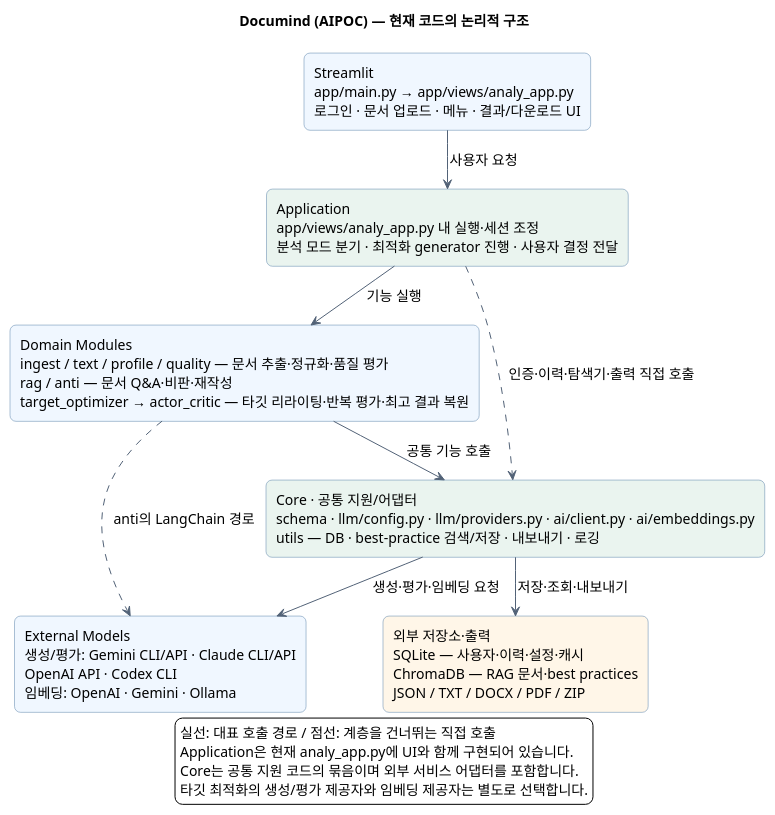
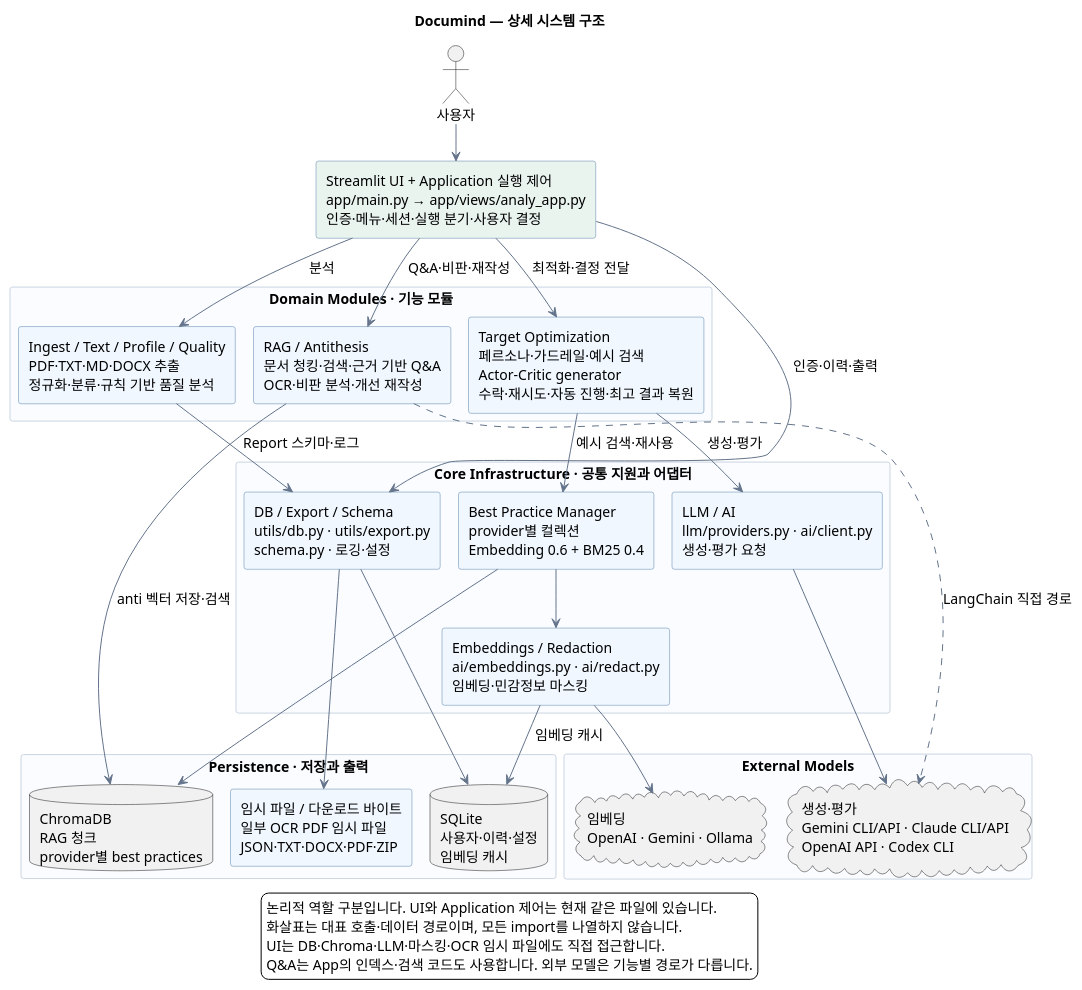
One commit to gmkoo-d3v/AIPOC changed the diagram in docs/diagrams/architecture.puml. Above: the diagram before and after it, drawn with PlantUML. The commit also changed 42 other files, not shown here.

```diff
--- a/docs/diagrams/architecture.puml
+++ b/docs/diagrams/architecture.puml
@@ -1,39 +1,66 @@
 @startuml
 !pragma layout smetana
 top to bottom direction
 skinparam defaultFontName NanumGothic
 skinparam defaultFontSize 14
 skinparam shadowing false
 skinparam backgroundColor #FFFFFF
+skinparam packageStyle rectangle
+skinparam ArrowColor #64748B
 skinparam rectangle {
+  BackgroundColor #F0F7FF
   BorderColor #5880A8
-  BackgroundColor #F0F7FF
-  RoundCorner 12
 }
-skinparam ArrowColor #526277
-skinparam nodesep 35
-skinparam ranksep 35
-title Documind (AIPOC) — 현재 코드의 논리적 구조
+skinparam package {
+  BackgroundColor #FAFCFF
+  BorderColor #CBD5E1
+}
+title Documind — 상세 시스템 구조
 
-rectangle "Streamlit\napp/main.py → app/views/analy_app.py\n로그인 · 문서 업로드 · 메뉴 · 결과/다운로드 UI" as UI
-rectangle "Application\napp/views/analy_app.py 내 실행·세션 조정\n분석 모드 분기 · 최적화 generator 진행 · 사용자 결정 전달" as App #EAF4EF
-rectangle "Domain Modules\ningest / text / profile / quality — 문서 추출·정규화·품질 평가\nrag / anti — 문서 Q&A·비판·재작성\ntarget_optimizer → actor_critic — 타깃 리라이팅·반복 평가·최고 결과 복원" as Domain
-rectangle "Core · 공통 지원/어댑터\nschema · llm/config.py · llm/providers.py · ai/client.py · ai/embeddings.py\nutils — DB · best-practice 검색/저장 · 내보내기 · 로깅" as Core #EAF4EF
-rectangle "External Models\n생성/평가: Gemini CLI/API · Claude CLI/API\nOpenAI API · Codex CLI\n임베딩: OpenAI · Gemini · Ollama" as Models
-rectangle "외부 저장소·출력\nSQLite — 사용자·이력·설정·캐시\nChromaDB — RAG 문서·best practices\nJSON / TXT / DOCX / PDF / ZIP" as Data #FFF6E8
-
-UI --> App : 사용자 요청
-App --> Domain : 기능 실행
-Domain --> Core : 공통 기능 호출
-Core --> Models : 생성·평가·임베딩 요청
-Core --> Data : 저장·조회·내보내기
-App ..> Core : 인증·이력·탐색기·출력 직접 호출
-Domain ..> Models : anti의 LangChain 경로
+actor "사용자" as User
+rectangle "Streamlit UI + Application 실행 제어\napp/main.py → app/views/analy_app.py\n인증·메뉴·세션·실행 분기·사용자 결정" as App #EAF4EF
+package "Domain Modules · 기능 모듈" {
+  rectangle "Ingest / Text / Profile / Quality\nPDF·TXT·MD·DOCX 추출\n정규화·분류·규칙 기반 품질 분석" as Quality
+  rectangle "Target Optimization\n페르소나·가드레일·예시 검색\nActor-Critic generator\n수락·재시도·자동 진행·최고 결과 복원" as Optim
+  rectangle "RAG / Antithesis\n문서 청킹·검색·근거 기반 Q&A\nOCR·비판 분석·개선 재작성" as RAG
+}
+package "Core Infrastructure · 공통 지원과 어댑터" {
+  rectangle "LLM / AI\nllm/providers.py · ai/client.py\n생성·평가 요청" as LLM
+  rectangle "Embeddings / Redaction\nai/embeddings.py · ai/redact.py\n임베딩·민감정보 마스킹" as Embed
+  rectangle "Best Practice Manager\nprovider별 컬렉션\nEmbedding 0.6 + BM25 0.4" as Best
+  rectangle "DB / Export / Schema\nutils/db.py · utils/export.py\nschema.py · 로깅·설정" as Shared
+}
+package "Persistence · 저장과 출력" {
+  database "SQLite\n사용자·이력·설정\n임베딩 캐시" as SQL
+  database "ChromaDB\nRAG 청크\nprovider별 best practices" as Chroma
+  rectangle "임시 파일 / 다운로드 바이트\n일부 OCR PDF 임시 파일\nJSON·TXT·DOCX·PDF·ZIP" as Files
+}
+package "External Models" {
+  cloud "생성·평가\nGemini CLI/API · Claude CLI/API\nOpenAI API · Codex CLI" as Generate
+  cloud "임베딩\nOpenAI · Gemini · Ollama" as Embedding
+}
+User --> App
+App --> Quality : 분석
+App --> Optim : 최적화·결정 전달
+App --> RAG : Q&A·비판·재작성
+App --> Shared : 인증·이력·출력
+Quality --> Shared : Report 스키마·로그
+Optim --> LLM : 생성·평가
+Optim --> Best : 예시 검색·재사용
+Best --> Embed
+Best --> Chroma
+Embed --> SQL : 임베딩 캐시
+Embed --> Embedding
+LLM --> Generate
+RAG --> Chroma : anti 벡터 저장·검색
+RAG ..> Generate : LangChain 직접 경로
+Shared --> SQL
+Shared --> Files
 
 legend bottom
-  실선: 대표 호출 경로 / 점선: 계층을 건너뛰는 직접 호출
-  Application은 현재 analy_app.py에 UI와 함께 구현되어 있습니다.
-  Core는 공통 지원 코드의 묶음이며 외부 서비스 어댑터를 포함합니다.
-  타깃 최적화의 생성/평가 제공자와 임베딩 제공자는 별도로 선택합니다.
+  논리적 역할 구분입니다. UI와 Application 제어는 현재 같은 파일에 있습니다.
+  화살표는 대표 호출·데이터 경로이며, 모든 import를 나열하지 않습니다.
+  UI는 DB·Chroma·LLM·마스킹·OCR 임시 파일에도 직접 접근합니다.
+  Q&A는 App의 인덱스·검색 코드도 사용합니다. 외부 모델은 기능별 경로가 다릅니다.
 endlegend
 @enduml
```
